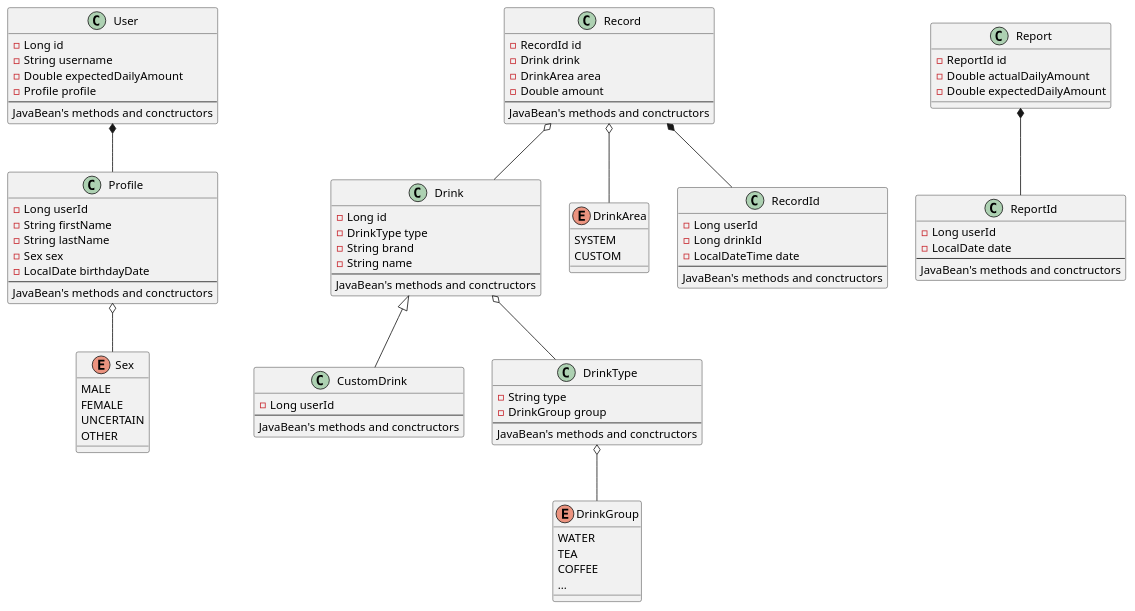
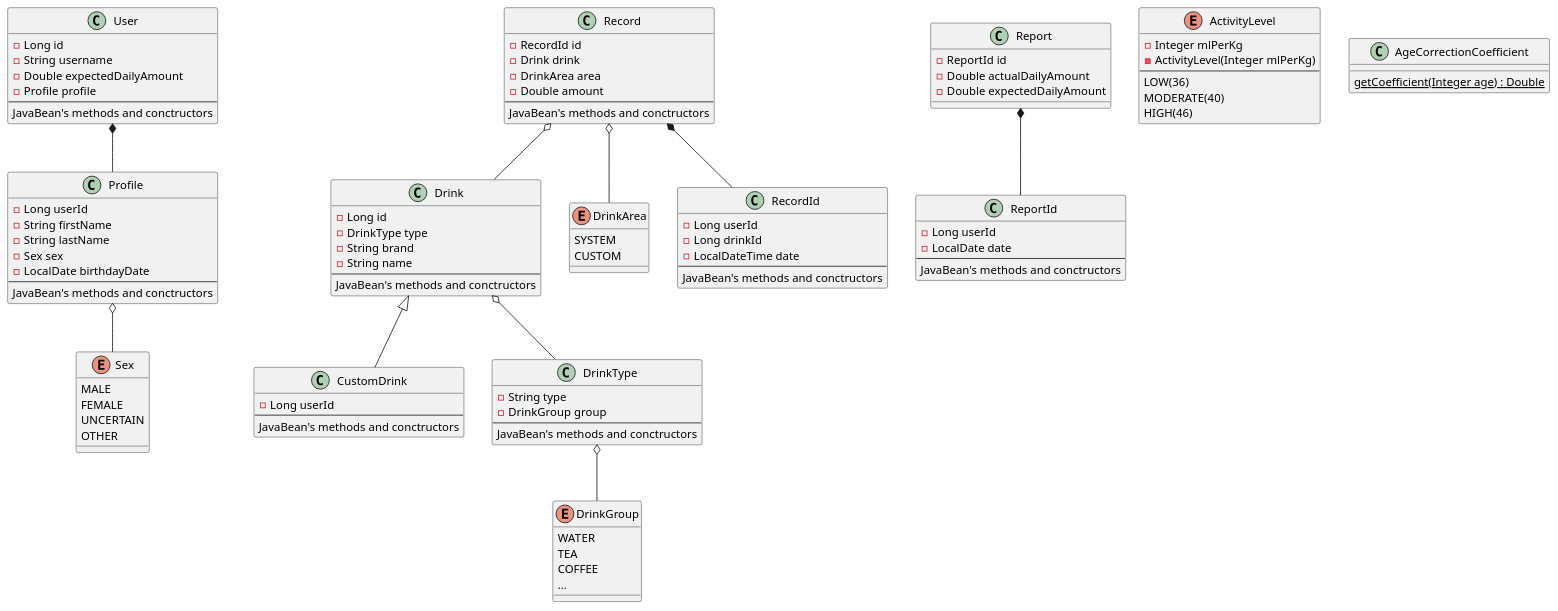
The diagram in schemas/uml/class/core_models.puml (laurenci/hydrotrack), drawn with PlantUML before and after one commit. The commit also changed 29 other files, not shown here.

```diff
--- a/schemas/uml/class/core_models.puml
+++ b/schemas/uml/class/core_models.puml
@@ -1,105 +1,118 @@
 @startuml
 class User {
     - Long id
     - String username
     - Double expectedDailyAmount
     - Profile profile
     --
     JavaBean's methods and conctructors
 }
 
 class Profile {
     - Long userId
     - String firstName
     - String lastName
     - Sex sex
     - LocalDate birthdayDate
     --
     JavaBean's methods and conctructors
 }
 
 enum Sex {
     MALE
     FEMALE
     UNCERTAIN
     OTHER
 }
 
 User *-- Profile
 Profile o-- Sex 
 
 class Drink {
     - Long id
     - DrinkType type
     - String brand
     - String name
     --
     JavaBean's methods and conctructors
 }
 
 class CustomDrink {
     - Long userId
     --
     JavaBean's methods and conctructors
 }
 
 class DrinkType {
     - String type
     - DrinkGroup group
     --
     JavaBean's methods and conctructors
 }
 
 enum DrinkGroup {
     WATER
     TEA
     COFFEE
     ...
 }
 
 Drink <|-- CustomDrink
 Drink o-- DrinkType
 DrinkType o-- DrinkGroup
 
 class Record {
     - RecordId id
     - Drink drink
     - DrinkArea area
     - Double amount
     --
     JavaBean's methods and conctructors
 }
 
 enum DrinkArea {
     SYSTEM
     CUSTOM
 }
 
 Record o-- DrinkArea
 
 class RecordId {
     - Long userId
     - Long drinkId
     - LocalDateTime date
     --
     JavaBean's methods and conctructors
 }
 
 Record *-- RecordId
 Record o-- Drink
 
 class Report {
     - ReportId id
     - Double actualDailyAmount
     - Double expectedDailyAmount
 }
 
 class ReportId {
     - Long userId
     - LocalDate date
     --
     JavaBean's methods and conctructors
 }
 
 Report *-- ReportId
+
+enum ActivityLevel {
+    - Integer mlPerKg
+    - ActivityLevel(Integer mlPerKg)
+    --
+    LOW(36)
+    MODERATE(40)
+    HIGH(46)
+}
+
+class AgeCorrectionCoefficient {
+    {static} getCoefficient(Integer age) : Double
+}
 @enduml
```
